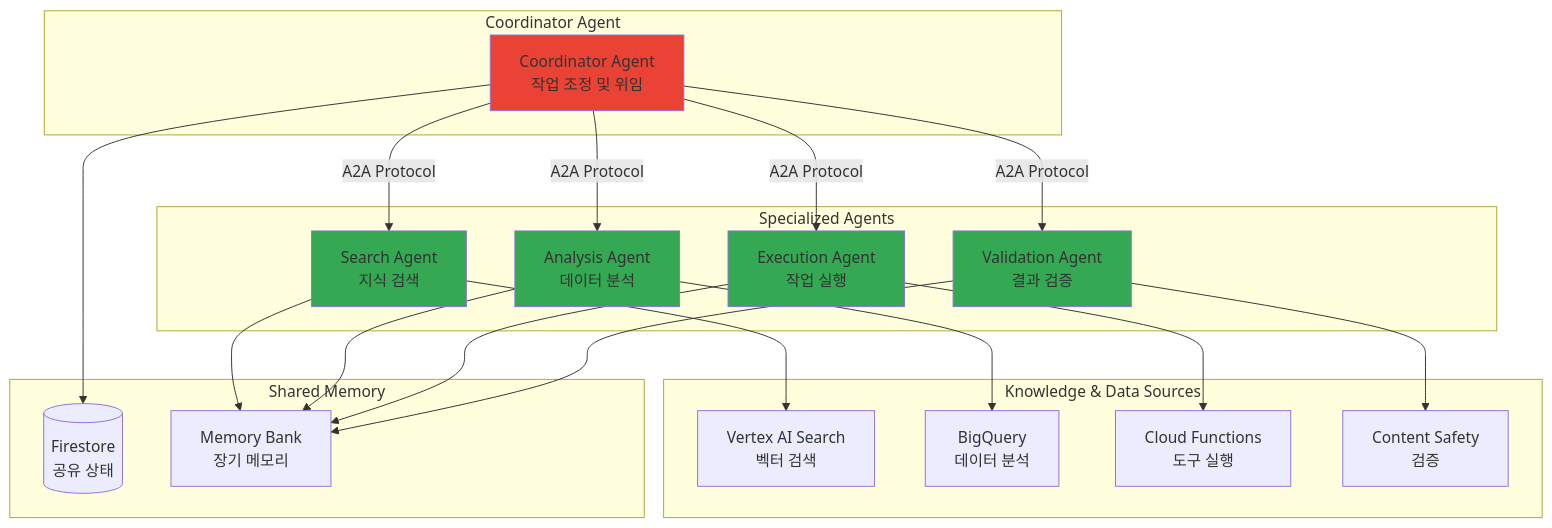
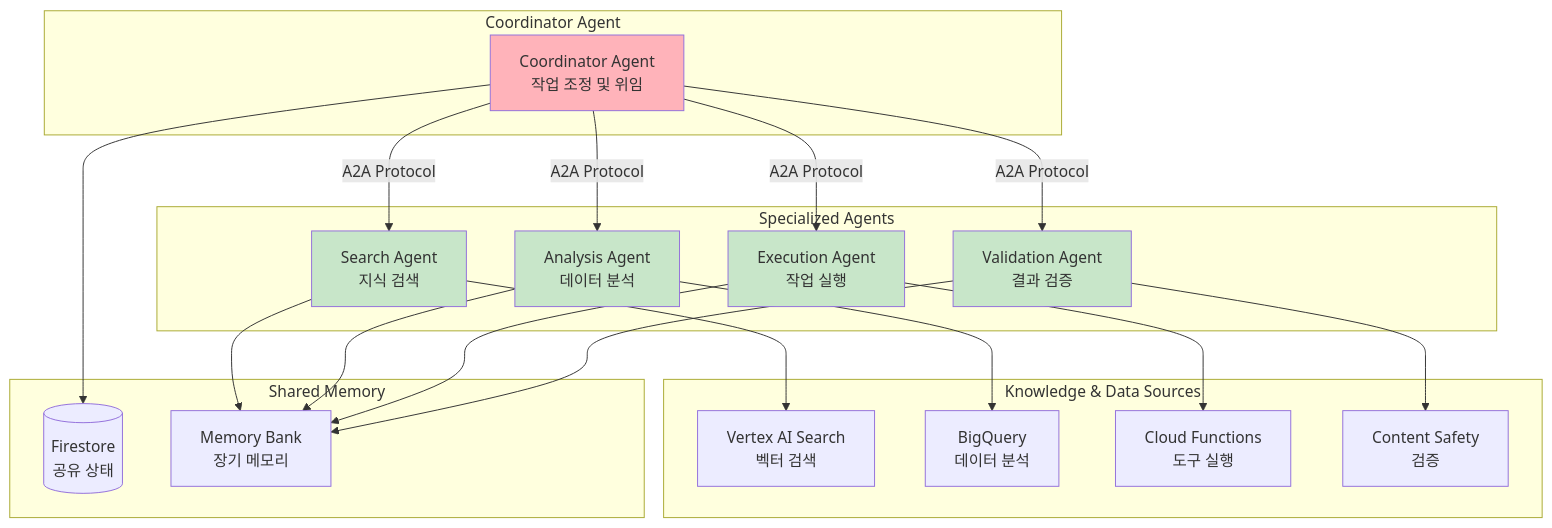
One commit to skax-hisover/AI-Agent-Architecture changed the second of 4 diagrams in Agent_Architecture/GCP/GCP_AI_Agent_Architecture_Best_Practices.md. Above: the diagram before and after it, drawn with Mermaid. The commit also changed other lines of this file and 2 other files, not shown here.

Commit message:
각 CSP별 AI Agent 아키텍처 구성도 업데이트

````diff
--- a/Agent_Architecture/GCP/GCP_AI_Agent_Architecture_Best_Practices.md
+++ b/Agent_Architecture/GCP/GCP_AI_Agent_Architecture_Best_Practices.md
@@ -409,47 +409,47 @@
 ```mermaid
 graph TB
     subgraph "Coordinator Agent"
         Coordinator[Coordinator Agent<br/>작업 조정 및 위임]
     end
     
     subgraph "Specialized Agents"
         SearchAgent[Search Agent<br/>지식 검색]
         AnalysisAgent[Analysis Agent<br/>데이터 분석]
         ExecutionAgent[Execution Agent<br/>작업 실행]
         ValidationAgent[Validation Agent<br/>결과 검증]
     end
     
     subgraph "Knowledge & Data Sources"
         VertexSearch[Vertex AI Search<br/>벡터 검색]
         BigQuery[BigQuery<br/>데이터 분석]
         CloudFunctions[Cloud Functions<br/>도구 실행]
         ContentSafety[Content Safety<br/>검증]
     end
     
     subgraph "Shared Memory"
         Firestore[(Firestore<br/>공유 상태)]
         MemoryBank[Memory Bank<br/>장기 메모리]
     end
     
     Coordinator -->|A2A Protocol| SearchAgent
     Coordinator -->|A2A Protocol| AnalysisAgent
     Coordinator -->|A2A Protocol| ExecutionAgent
     Coordinator -->|A2A Protocol| ValidationAgent
     
     SearchAgent --> VertexSearch
     AnalysisAgent --> BigQuery
     ExecutionAgent --> CloudFunctions
     ValidationAgent --> ContentSafety
     
     Coordinator --> Firestore
     SearchAgent --> MemoryBank
     AnalysisAgent --> MemoryBank
     ExecutionAgent --> MemoryBank
     ValidationAgent --> MemoryBank
     
-    style Coordinator fill:#EA4335
-    style SearchAgent fill:#34A853
-    style AnalysisAgent fill:#34A853
-    style ExecutionAgent fill:#34A853
-    style ValidationAgent fill:#34A853
+    style Coordinator fill:#FFB3BA
+    style SearchAgent fill:#C8E6C9
+    style AnalysisAgent fill:#C8E6C9
+    style ExecutionAgent fill:#C8E6C9
+    style ValidationAgent fill:#C8E6C9
 ```
````
